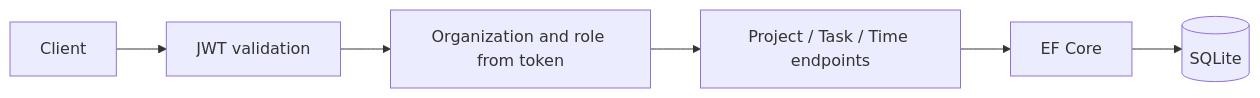
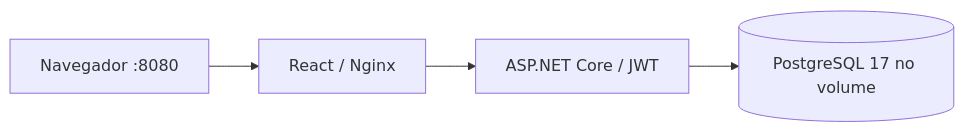
Before and after one commit to LucianoNeo/portfolio: the diagram in projects/neotasks-dotnet/README.md, drawn with Mermaid. The commit also changed other lines of this file and 71 other files, not shown here.

Commit message:
Integrate NeoTasks React UI with .NET and PostgreSQL Compose stack

````diff
--- a/projects/neotasks-dotnet/README.md
+++ b/projects/neotasks-dotnet/README.md
@@ -32,8 +50,6 @@
 ```mermaid
 flowchart LR
-  Client --> JWT[JWT validation]
-  JWT --> Scope[Organization and role from token]
-  Scope --> API[Project / Task / Time endpoints]
-  API --> EF[EF Core]
-  EF --> SQLite[(SQLite)]
+  Browser[Navegador :8080] --> Web[React / Nginx]
+  Web --> API[ASP.NET Core / JWT]
+  API --> DB[(PostgreSQL 17 no volume)]
 ```
````
